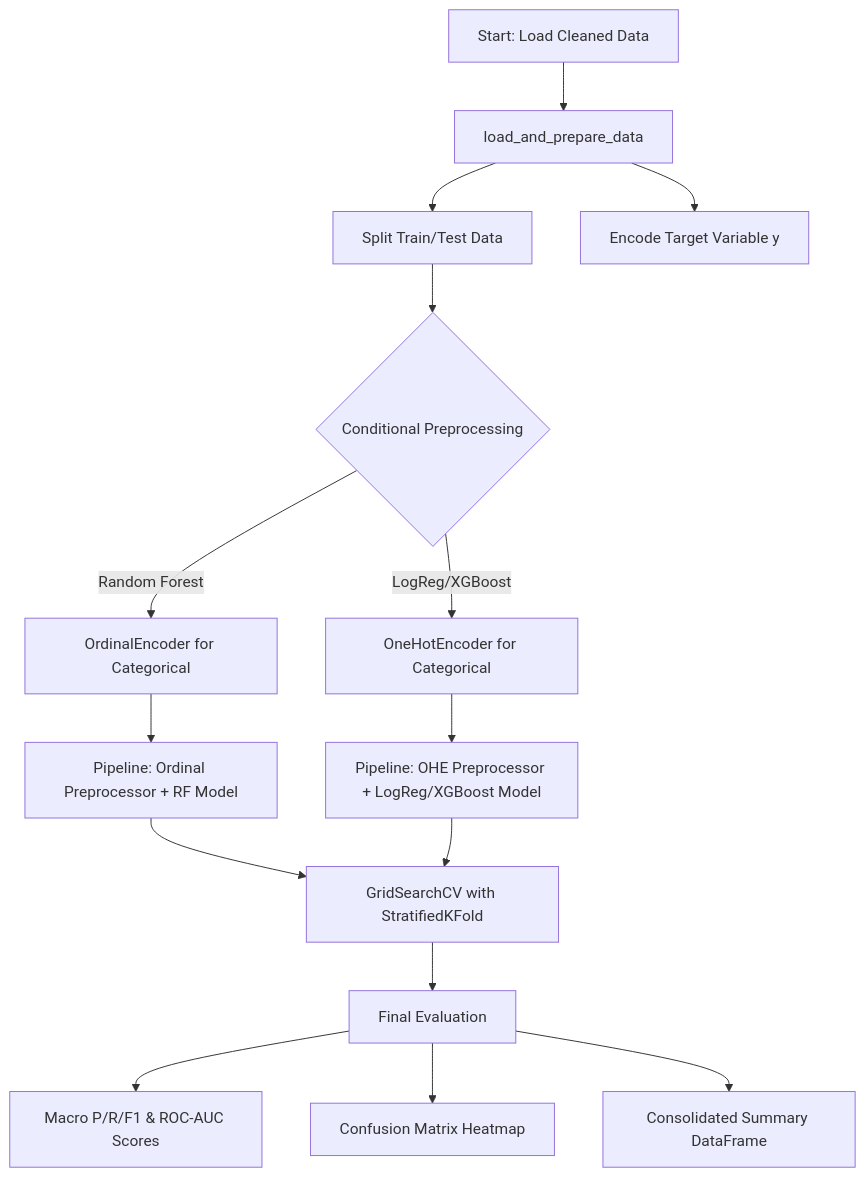
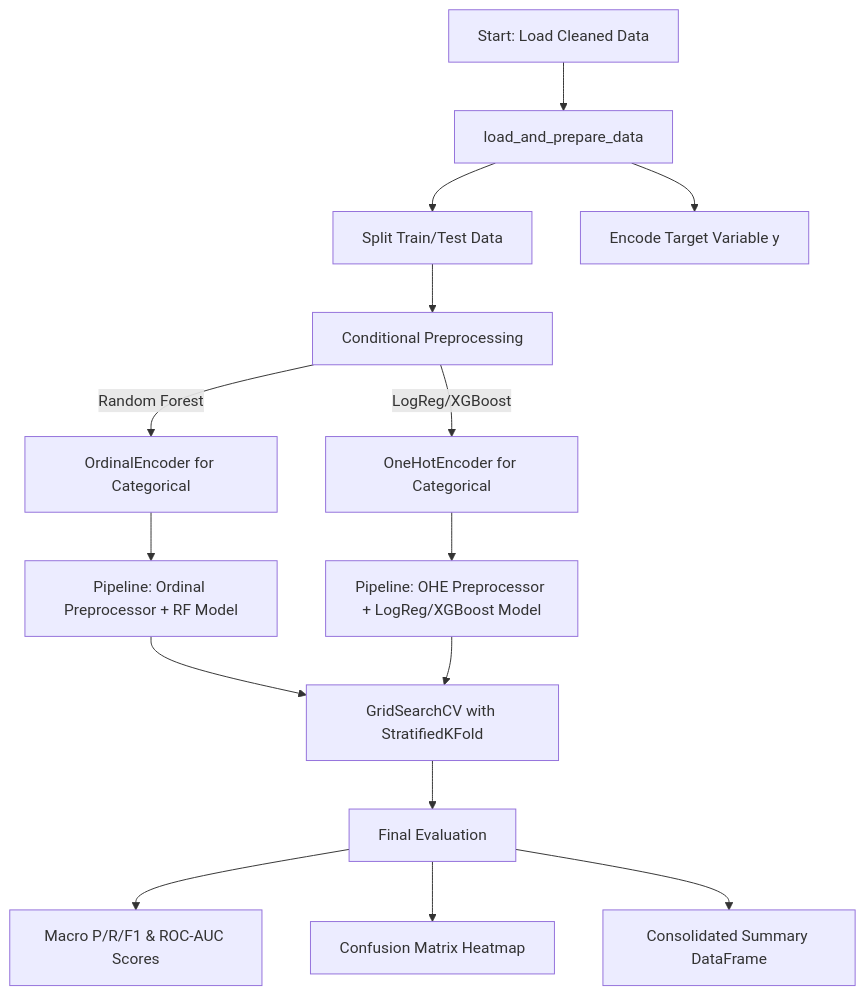
Before and after one commit to cmong007/AIAP21-TA: the diagram in README.md, drawn with Mermaid. The commit also changed other lines of this file and 3 other files, not shown here.

````diff
--- a/README.md
+++ b/README.md
@@ -59,21 +59,21 @@
 ```mermaid
 flowchart TD
     A[Start: Load Cleaned Data] --> B[load_and_prepare_data];
     B --> C[Split Train/Test Data];
     B --> D[Encode Target Variable y];
 
-    C --> E{Conditional Preprocessing};
+    C --> E[Conditional Preprocessing];
     E -- Random Forest --> F[OrdinalEncoder for Categorical];
     E -- LogReg/XGBoost --> G[OneHotEncoder for Categorical];
 
     F --> H[Pipeline: Ordinal Preprocessor + RF Model];
     G --> I[Pipeline: OHE Preprocessor + LogReg/XGBoost Model];
 
     H --> J[GridSearchCV with StratifiedKFold];
     I --> J;
 
     J --> K[Final Evaluation];
     K --> L[Macro P/R/F1 & ROC-AUC Scores];
     K --> M[Confusion Matrix Heatmap];
     K --> N[Consolidated Summary DataFrame];
 ```
````
